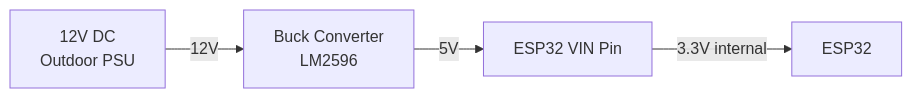
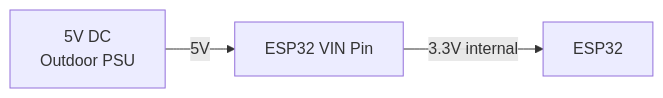
The second of 4 diagrams in README.md (DennisGoss99/esp32-pool-monitor), drawn with Mermaid before and after one commit.

Commit message:
Update power supply diagram to 5V direct

````diff
--- a/README.md
+++ b/README.md
@@ -36,6 +36,5 @@
 ```mermaid
 flowchart LR
-    PSU[12V DC\nOutdoor PSU] -->|12V| BUCK[Buck Converter\nLM2596]
-    BUCK -->|5V| VIN[ESP32 VIN Pin]
+    PSU[5V DC\nOutdoor PSU] -->|5V| VIN[ESP32 VIN Pin]
     VIN -->|3.3V internal| ESP32[ESP32]
 ```
````
